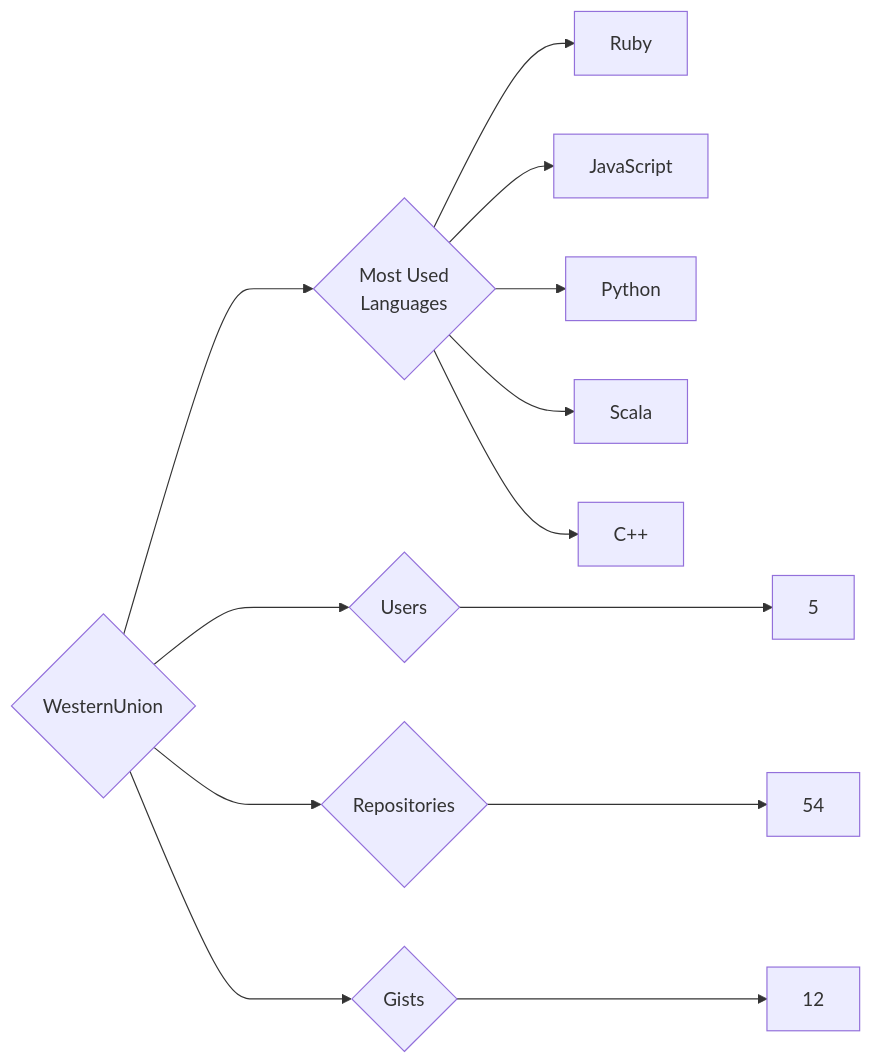
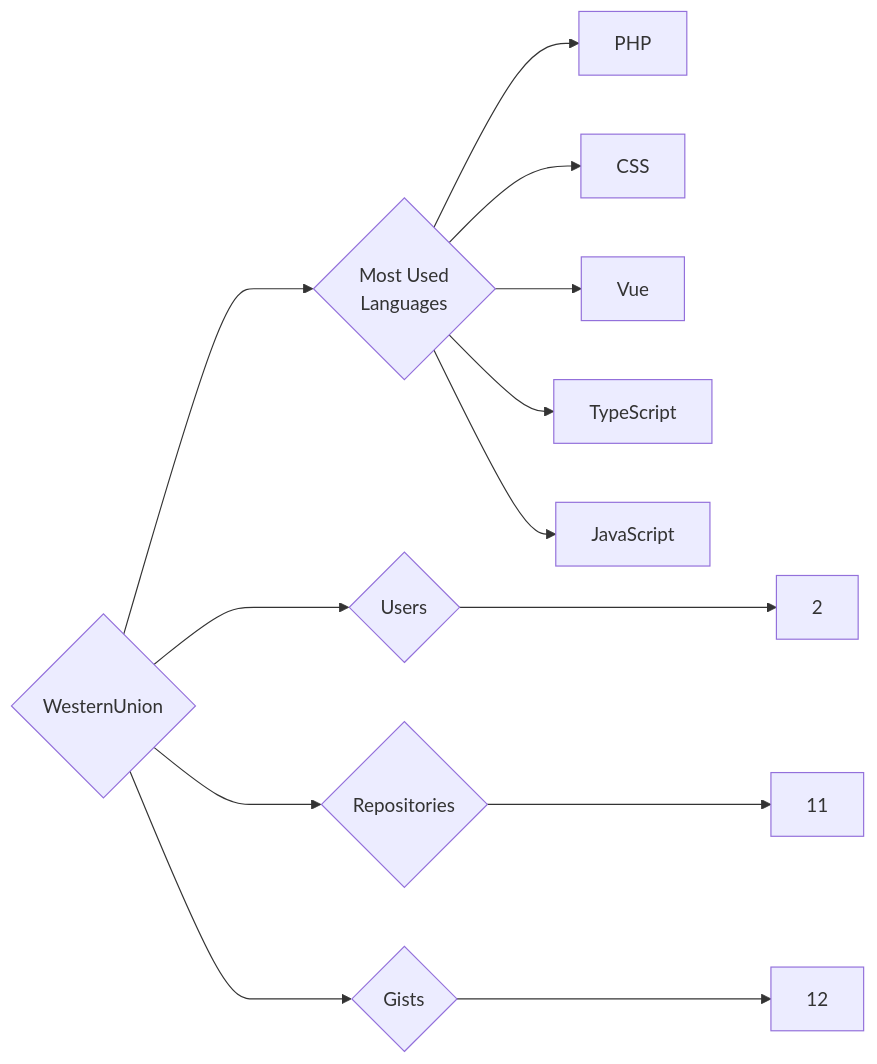
One commit to trickest/insiders changed the diagram in targets/WesternUnion/README.md. Above: the diagram before and after it, drawn with Mermaid. The commit also changed 1389 other files, not shown here.

````diff
--- a/targets/WesternUnion/README.md
+++ b/targets/WesternUnion/README.md
@@ -3,13 +3,13 @@
 ```mermaid
 graph LR
 COMPANY_NAME{WesternUnion}
-COMPANY_NAME ---> U{Users} ---> UN[5]
-COMPANY_NAME ---> R{Repositories} ---> RN[54]
+COMPANY_NAME ---> U{Users} ---> UN[2]
+COMPANY_NAME ---> R{Repositories} ---> RN[11]
 COMPANY_NAME ---> G{Gists} ---> GN[12]
 COMPANY_NAME ---> ML{Most Used<br>Languages}
-ML --> Ruby[Ruby]
+ML --> PHP[PHP]
+ML --> CSS[CSS]
+ML --> Vue[Vue]
+ML --> TypeScript[TypeScript]
 ML --> JavaScript[JavaScript]
-ML --> Python[Python]
-ML --> Scala[Scala]
-ML --> C++[C++]
 ```
````
